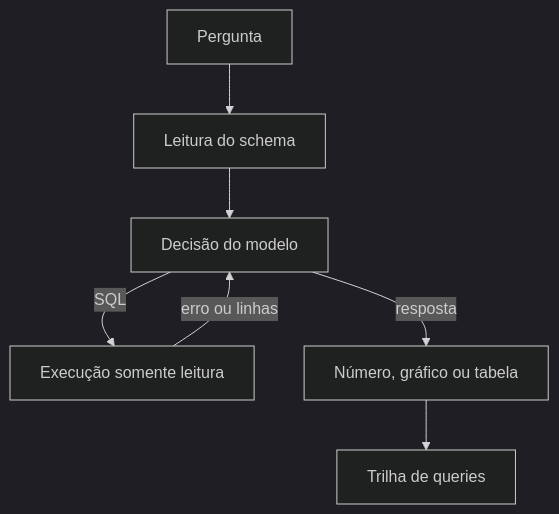
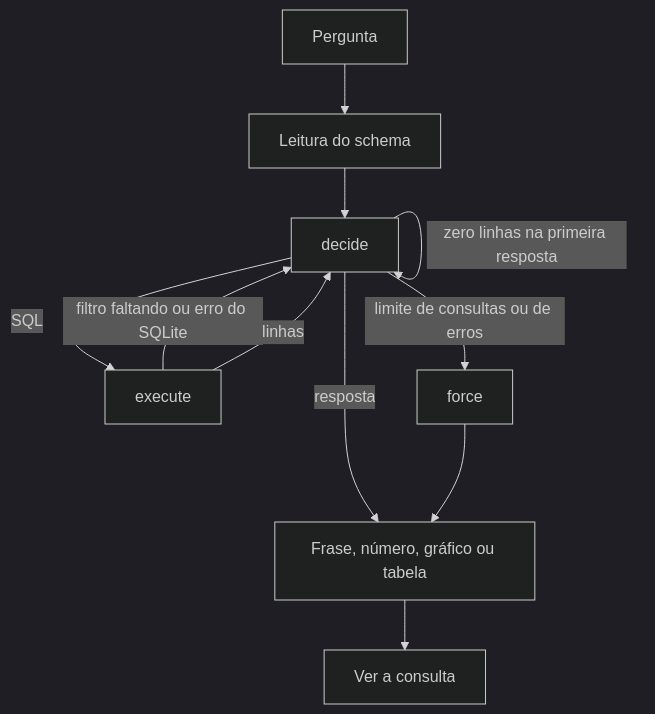
Before and after one commit to eqMoura01/desafio-vaga-desenvolvimento-agentes-ia-langchain-1: the diagram in README.md, drawn with Mermaid (dark theme). The commit also changed other lines of this file, not shown here.

````diff
--- a/README.md
+++ b/README.md
@@ -41,9 +63,13 @@
 ```mermaid
 flowchart TD
   pergunta[Pergunta] --> schema[Leitura do schema]
-  schema --> decide[Decisão do modelo]
-  decide -->|SQL| executa[Execução somente leitura]
-  executa -->|erro ou linhas| decide
-  decide -->|resposta| tela[Número, gráfico ou tabela]
-  tela --> trilha[Trilha de queries]
+  schema --> decide[decide]
+  decide -->|SQL| executa[execute]
+  executa -->|filtro faltando ou erro do SQLite| decide
+  executa -->|linhas| decide
+  decide -->|zero linhas na primeira resposta| decide
+  decide -->|limite de consultas ou de erros| force[force]
+  decide -->|resposta| tela[Frase, número, gráfico ou tabela]
+  force --> tela
+  tela --> trilha[Ver a consulta]
 ```
````
